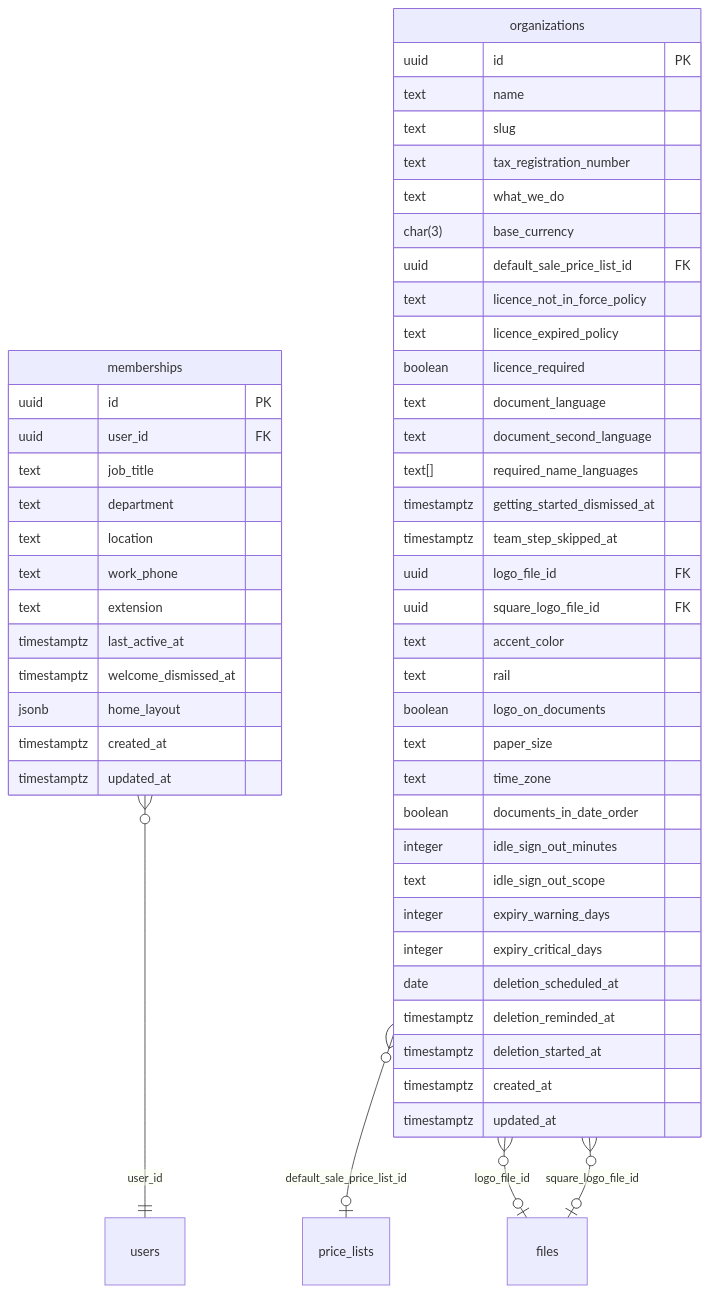
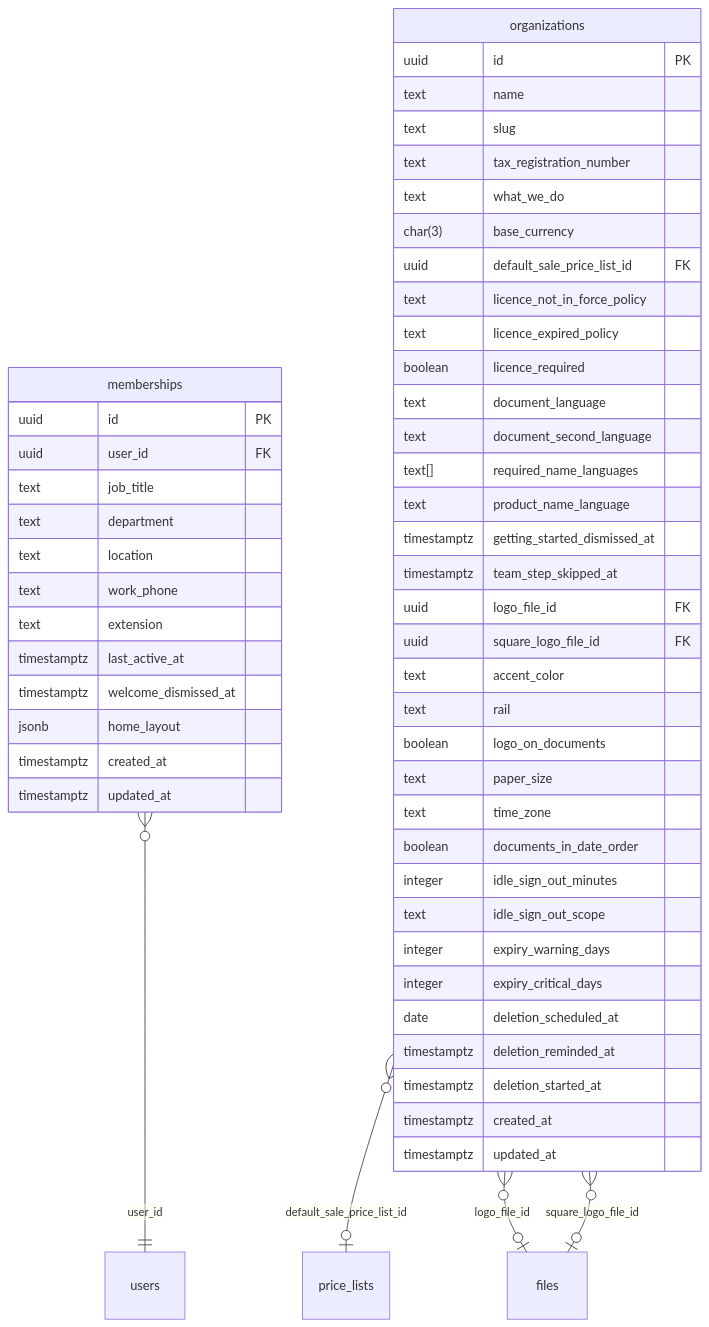
One commit to Zhenzhong-Zhou/web-app-foundation changed the diagram in docs/tables/organizations.md. Above: the diagram before and after it, drawn with Mermaid. The commit also changed 20 other files, not shown here.

````diff
--- a/docs/tables/organizations.md
+++ b/docs/tables/organizations.md
@@ -7,55 +7,56 @@
 ```mermaid
 erDiagram
   memberships {
     uuid id PK
     uuid user_id FK
     text job_title
     text department
     text location
     text work_phone
     text extension
     timestamptz last_active_at
     timestamptz welcome_dismissed_at
     jsonb home_layout
     timestamptz created_at
     timestamptz updated_at
   }
   organizations {
     uuid id PK
     text name
     text slug
     text tax_registration_number
     text what_we_do
     char(3) base_currency
     uuid default_sale_price_list_id FK
     text licence_not_in_force_policy
     text licence_expired_policy
     boolean licence_required
     text document_language
     text document_second_language
     text[] required_name_languages
+    text product_name_language
     timestamptz getting_started_dismissed_at
     timestamptz team_step_skipped_at
     uuid logo_file_id FK
     uuid square_logo_file_id FK
     text accent_color
     text rail
     boolean logo_on_documents
     text paper_size
     text time_zone
     boolean documents_in_date_order
     integer idle_sign_out_minutes
     text idle_sign_out_scope
     integer expiry_warning_days
     integer expiry_critical_days
     date deletion_scheduled_at
     timestamptz deletion_reminded_at
     timestamptz deletion_started_at
     timestamptz created_at
     timestamptz updated_at
   }
   memberships }o--|| users : "user_id"
   organizations }o--o| price_lists : "default_sale_price_list_id"
   organizations }o--o| files : "logo_file_id"
   organizations }o--o| files : "square_logo_file_id"
 ```
````
